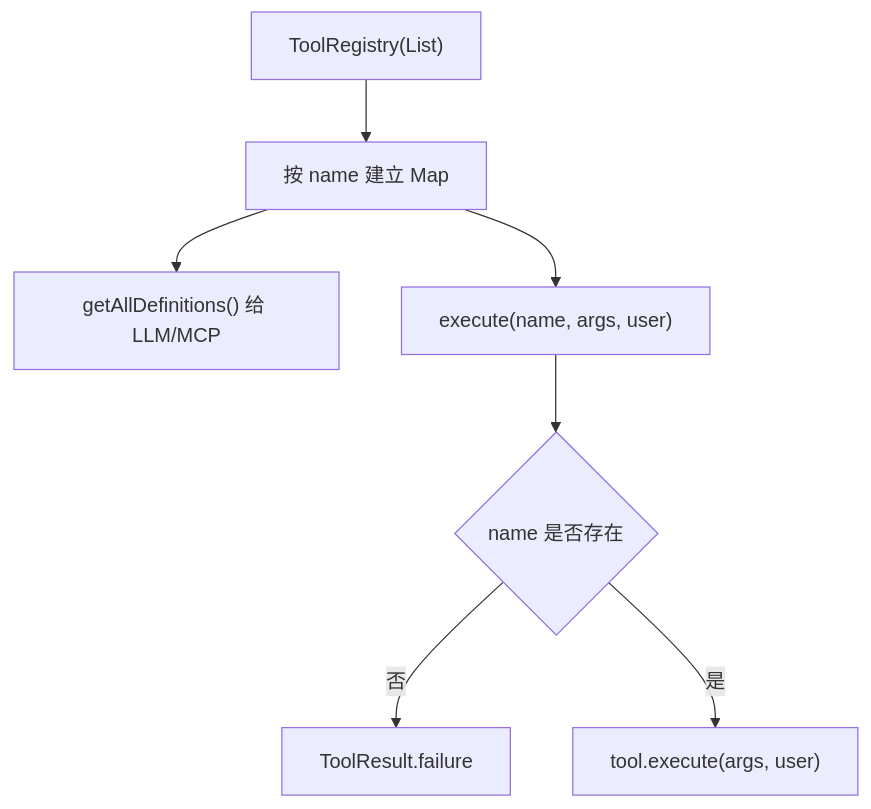
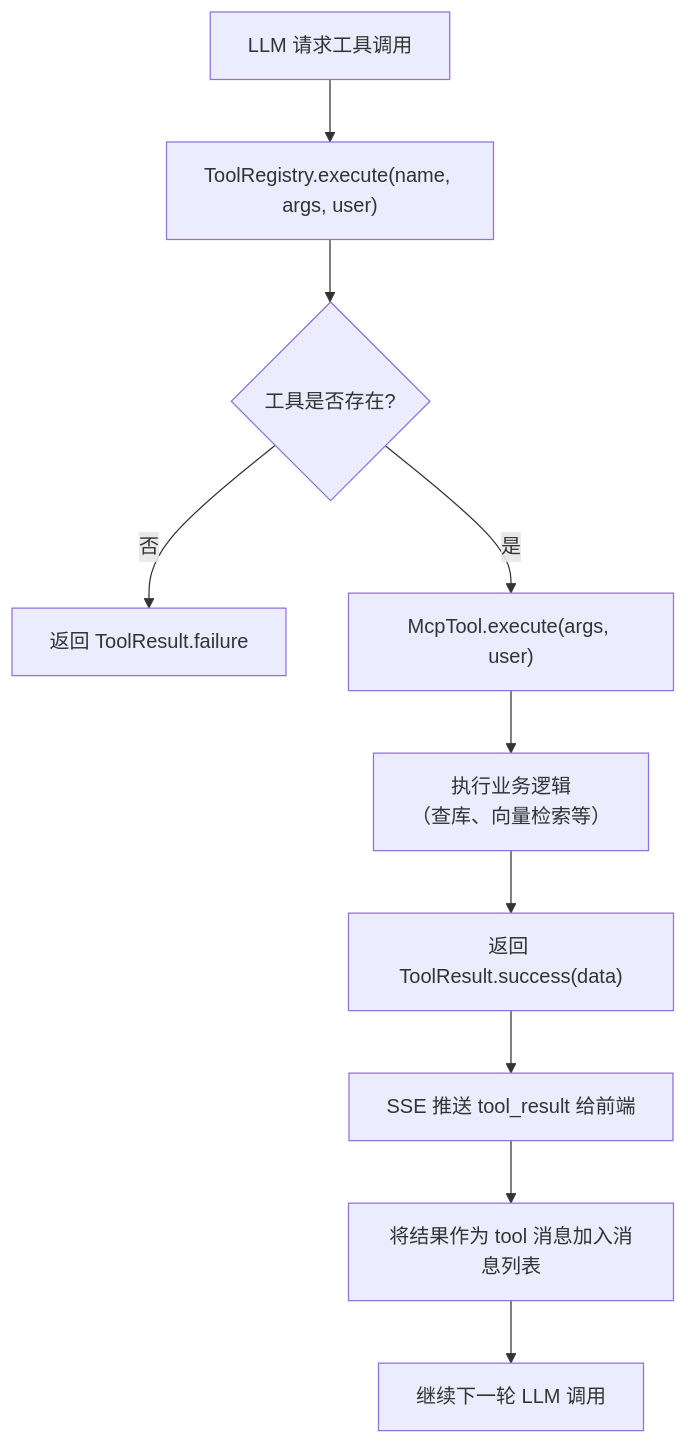
Diagram 13 of 18 in docs/knowledge-service-code-analysis.md (ZjlShenshiqing/EnterpriseKnowledgeWorkspace), drawn with Mermaid before and after one commit. The commit also changed other lines of this file, not shown here.

````diff
--- a/docs/knowledge-service-code-analysis.md
+++ b/docs/knowledge-service-code-analysis.md
@@ -939,9 +1144,12 @@
 ```mermaid
 flowchart TD
-    A["ToolRegistry(List<McpTool>)"] --> B["按 name 建立 Map"]
-    B --> C["getAllDefinitions() 给 LLM/MCP"]
-    B --> D["execute(name, args, user)"]
-    D --> E{"name 是否存在"}
-    E -->|否| F["ToolResult.failure"]
-    E -->|是| G["tool.execute(args, user)"]
+    A["LLM 请求工具调用"] --> B["ToolRegistry.execute(name, args, user)"]
+    B --> C{"工具是否存在?"}
+    C -->|否| F["返回 ToolResult.failure"]
+    C -->|是| D["McpTool.execute(args, user)"]
+    D --> E["执行业务逻辑<br/>（查库、向量检索等）"]
+    E --> G["返回 ToolResult.success(data)"]
+    G --> H["SSE 推送 tool_result 给前端"]
+    H --> I["将结果作为 tool 消息加入消息列表"]
+    I --> J["继续下一轮 LLM 调用"]
 ```
````
